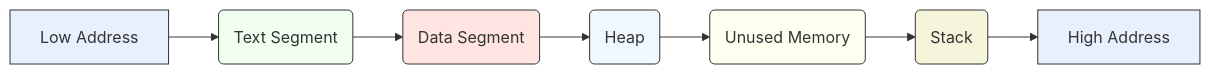
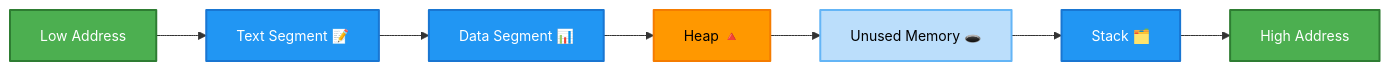
The second of 8 diagrams in _posts/2024-12-17-12.-c-memory-management.md (infoyouth/infoyouth.github.io), drawn with Mermaid before and after one commit. The commit also changed other lines of this file and 1 other file, not shown here.

````diff
--- a/_posts/2024-12-17-12.-c-memory-management.md
+++ b/_posts/2024-12-17-12.-c-memory-management.md
@@ -93,16 +105,20 @@
 ```mermaid
 graph LR
-  A[Low Address] --> B(Text Segment);
-  B --> C(Data Segment);
-  C --> D(Heap);
-  D --> E(Unused Memory);
-  E --> F(Stack);
+  %% Node Styles
+  style A fill:#4CAF50,stroke:#2E7D32,stroke-width:2,color:#FFFFFF,font-size:14px,stroke-linejoin:round
+  style B fill:#2196F3,stroke:#1976D2,stroke-width:2,color:#FFFFFF,font-size:14px,stroke-linejoin:round
+  style C fill:#2196F3,stroke:#1976D2,stroke-width:2,color:#FFFFFF,font-size:14px,stroke-linejoin:round
+  style D fill:#FF9800,stroke:#F57C00,stroke-width:2,color:#000000,font-size:14px,stroke-linejoin:round
+  style E fill:#BBDEFB,stroke:#64B5F6,stroke-width:2,color:#000000,font-size:14px,stroke-linejoin:round
+  style F fill:#2196F3,stroke:#1976D2,stroke-width:2,color:#FFFFFF,font-size:14px,stroke-linejoin:round
+  style G fill:#4CAF50,stroke:#2E7D32,stroke-width:2,color:#FFFFFF,font-size:14px,stroke-linejoin:round
+
+  %% Node Definitions
+  A[Low Address] --> B[Text Segment 📝];
+  B --> C[Data Segment 📊];
+  C --> D[Heap 🔺];
+  D --> E[Unused Memory 🕳️];
+  E --> F[Stack 🗂️];
   F --> G[High Address];
-  style A fill:#e8f0fe,stroke:#333,stroke-width:1px
-  style B fill:#f0fff0,stroke:#333,stroke-width:1px
-  style C fill:#ffe4e1,stroke:#333,stroke-width:1px
-  style D fill:#f0f8ff,stroke:#333,stroke-width:1px
-  style E fill:#ffffef,stroke:#333,stroke-width:1px
-  style F fill:#f5f5dc,stroke:#333,stroke-width:1px
-  style G fill:#e8f0fe,stroke:#333,stroke-width:1px
+
 ```
````
